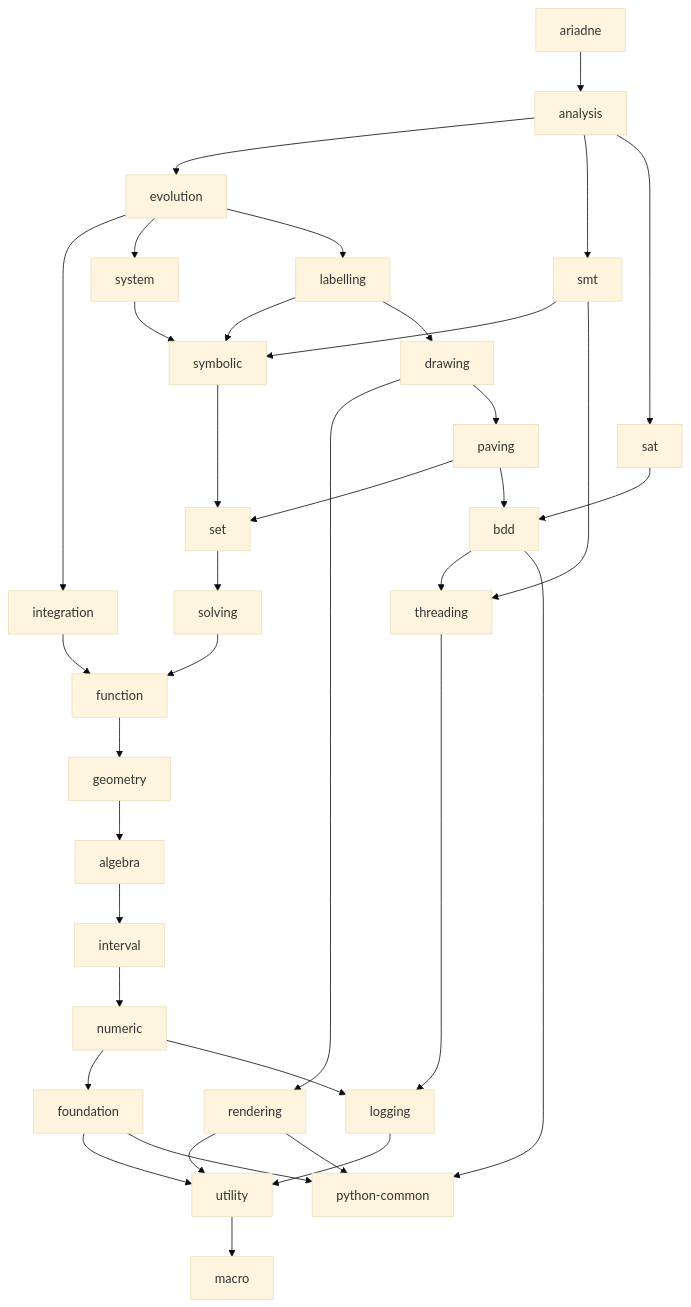
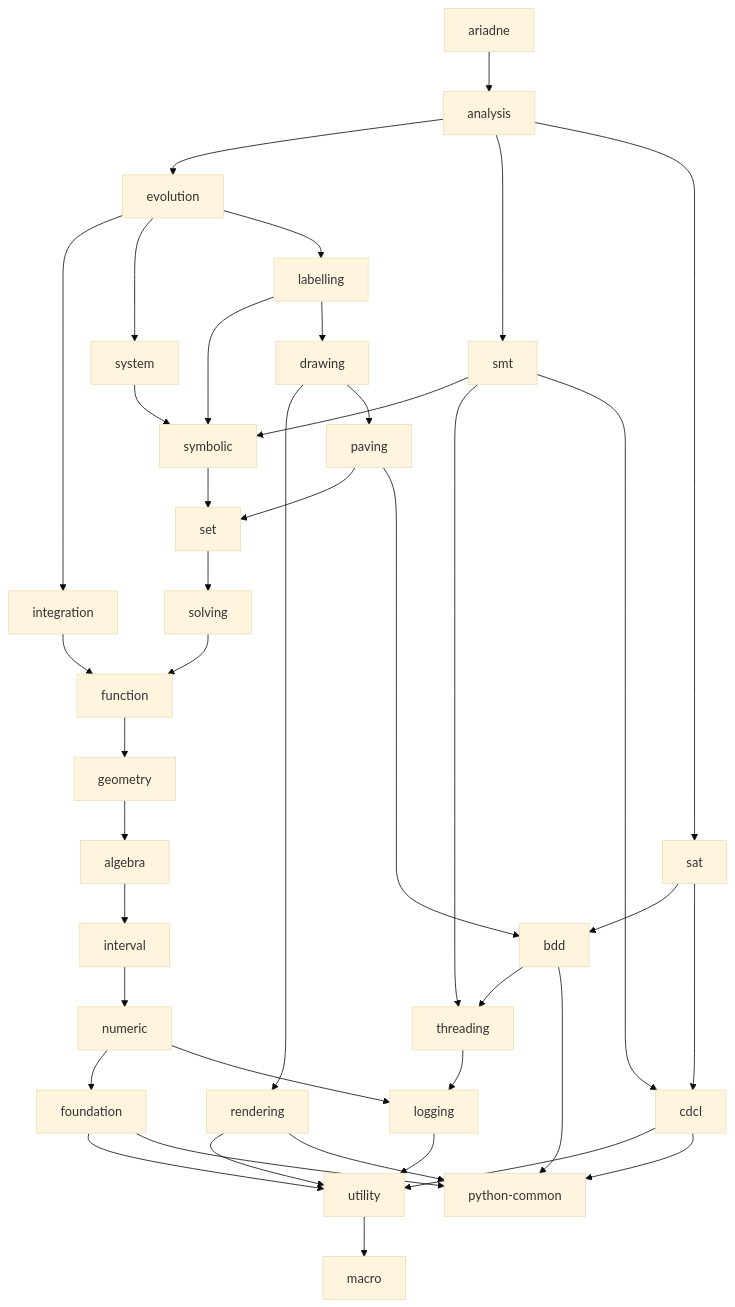
The diagram in doc/decoupling/structure.md (ariadne-cps/ariadne), drawn with Mermaid (base theme) before and after one commit. The commit also changed other lines of this file, not shown here.

Commit message:
docs(decoupling): add shared cdcl dependency for smt and sat

````diff
--- a/doc/decoupling/structure.md
+++ b/doc/decoupling/structure.md
@@ -40,54 +41,59 @@
 ```mermaid
 graph TD
     ariadne --> analysis
 
     analysis --> evolution
     analysis --> smt
     analysis --> sat
 
     evolution --> integration
     evolution --> system
     evolution --> labelling
 
     integration --> function
 
     system --> symbolic
 
     smt --> symbolic
     smt --> threading
+    smt --> cdcl
 
     sat --> bdd
+    sat --> cdcl
+
+    cdcl --> utility
+    cdcl --> python_common
 
     labelling --> symbolic
     labelling --> drawing
 
     drawing --> rendering
     drawing --> paving
 
     symbolic --> set
 
     paving --> set
     paving --> bdd
     set --> solving
     solving --> function
     function --> geometry
     geometry --> algebra
 
     rendering --> utility
     rendering --> python_common
 
     bdd --> threading
     bdd --> python_common["python-common"]
 
     threading --> logging
     logging --> utility
     utility --> macro
 
     algebra --> interval
     interval --> numeric
     numeric --> foundation
     numeric --> logging
 
     foundation --> utility
     foundation --> python_common
 ```
````
